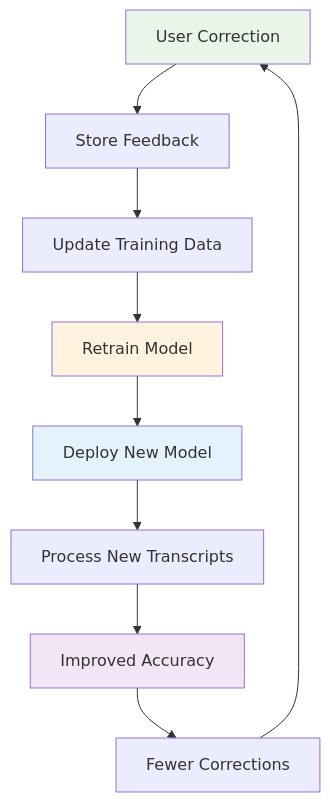
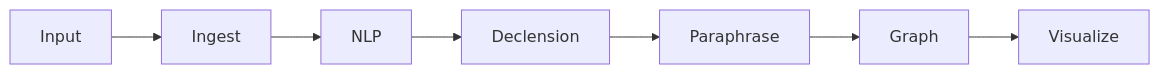
The diagram in src/lexicon/docs/lexicon_tech_overview.md (ActiveInferenceInstitute/CEREBRUM), drawn with Mermaid before and after one commit. The commit also changed other lines of this file and 10 other files, not shown here.

````diff
--- a/src/lexicon/docs/lexicon_tech_overview.md
+++ b/src/lexicon/docs/lexicon_tech_overview.md
@@ -450,16 +130,9 @@
 ```mermaid
-flowchart TD
-    A[User Correction] --> B[Store Feedback]
-    B --> C[Update Training Data]
-    C --> D[Retrain Model]
-    D --> E[Deploy New Model]
-    E --> F[Process New Transcripts]
-    F --> G[Improved Accuracy]
-    G --> H[Fewer Corrections]
-    H --> A
-    
-    style A fill:#e8f5e8
-    style D fill:#fff3e0
-    style E fill:#e3f2fd
-    style G fill:#f3e5f5
+graph LR
+    A[Input] --> B[Ingest]
+    B --> C[NLP]
+    C --> D[Declension]
+    D --> E[Paraphrase]
+    E --> F[Graph]
+    F --> G[Visualize]
 ```
````
